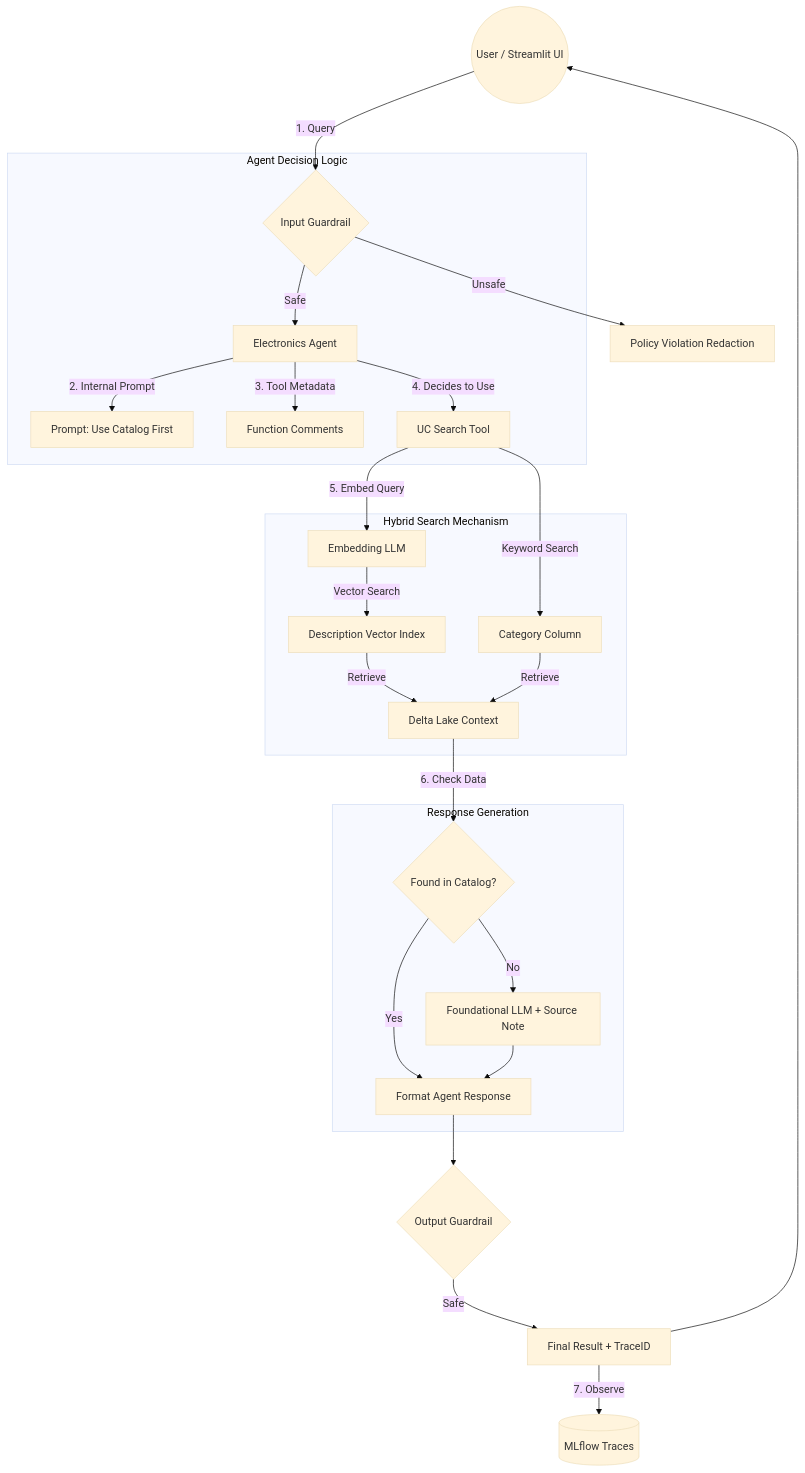
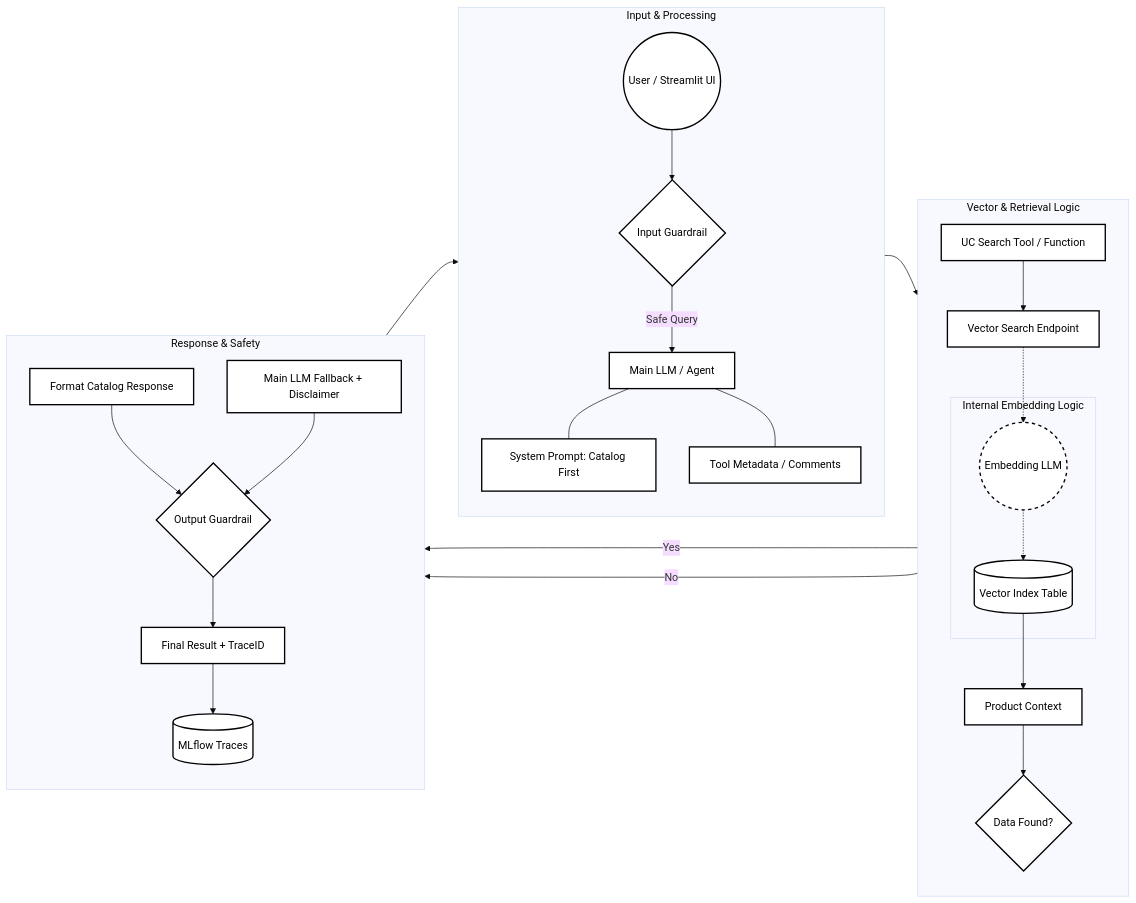
Before and after one commit to aloysiusdjosephaws-cmyk/genai-demos: the second of 3 diagrams in README.md, drawn with Mermaid (base theme). The commit also changed other lines of this file, not shown here.

````diff
--- a/README.md
+++ b/README.md
@@ -195,32 +195,46 @@
 ```mermaid
-graph TD
-    User((User / Streamlit UI)) -->|1. Query| GuardIn{Input Guardrail}
-    GuardIn -->|Unsafe| Abort[Policy Violation Redaction]
-    
-    subgraph "Agent Decision Logic"
-    GuardIn -->|Safe| Agent[Electronics Agent]
-    Agent -->|2. Internal Prompt| SystemPrompt[Prompt: Use Catalog First]
-    Agent -->|3. Tool Metadata| ToolDesc[Function Comments]
-    Agent -->|4. Decides to Use| Tool[UC Search Tool]
+graph LR
+    %% Global Styles
+    classDef default fill:#fff,stroke:#000,stroke-width:2px,color:#000;
+    classDef internal stroke-dasharray: 5 5;
+
+    %% Column 1: Input & Brain
+    subgraph C1 [Input & Processing]
+        direction TB
+        USER((User / Streamlit UI)) --> GIN{Input Guardrail}
+        GIN -->|Safe Query| AGENT[Main LLM / Agent]
+        AGENT --- PROMPT[System Prompt: Catalog First]
+        AGENT --- META[Tool Metadata / Comments]
     end
 
-    subgraph "Hybrid Search Mechanism"
-    Tool -->|5. Embed Query| EmbedLLM[Embedding LLM]
-    EmbedLLM -->|Vector Search| VIndex[Description Vector Index]
-    Tool -->|Keyword Search| Category[Category Column]
-    VIndex & Category -->|Retrieve| Context[Delta Lake Context]
+    %% Column 2: Search & Logic
+    subgraph C2 [Vector & Retrieval Logic]
+        direction TB
+        AGENT --> TOOL[UC Search Tool / Function]
+        TOOL --> VSE[Vector Search Endpoint]
+        subgraph Internal [Internal Embedding Logic]
+            EMB((Embedding LLM)) -.-> VIX[(Vector Index Table)]
+        end
+        VSE -.-> EMB
+        VIX --> CTX[Product Context]
+        CTX --> CHOICE{Data Found?}
     end
 
-    subgraph "Response Generation"
-    Context -->|6. Check Data| Choice{Found in Catalog?}
-    Choice -->|Yes| Finalize[Format Agent Response]
-    Choice -->|No| Foundation[Foundational LLM + Source Note]
-    Foundation --> Finalize
+    %% Column 3: Output & Observability
+    subgraph C3 [Response & Safety]
+        direction TB
+        CHOICE -->|Yes| FOUND[Format Catalog Response]
+        CHOICE -->|No| FALL[Main LLM Fallback + Disclaimer]
+        FOUND --> GOUT{Output Guardrail}
+        FALL --> GOUT
+        GOUT --> FINAL[Final Result + TraceID]
+        FINAL --> MLF[(MLflow Traces)]
+        FINAL --> USER
     end
 
-    Finalize --> GuardOut{Output Guardrail}
-    GuardOut -->|Safe| Success[Final Result + TraceID]
-    Success -->|7. Observe| MLflow[(MLflow Traces)]
-    Success --> User
+    %% Force layout columns
+    C1 ~~~ C2 ~~~ C3
+
+    class EMB internal;
 
 ```
````
